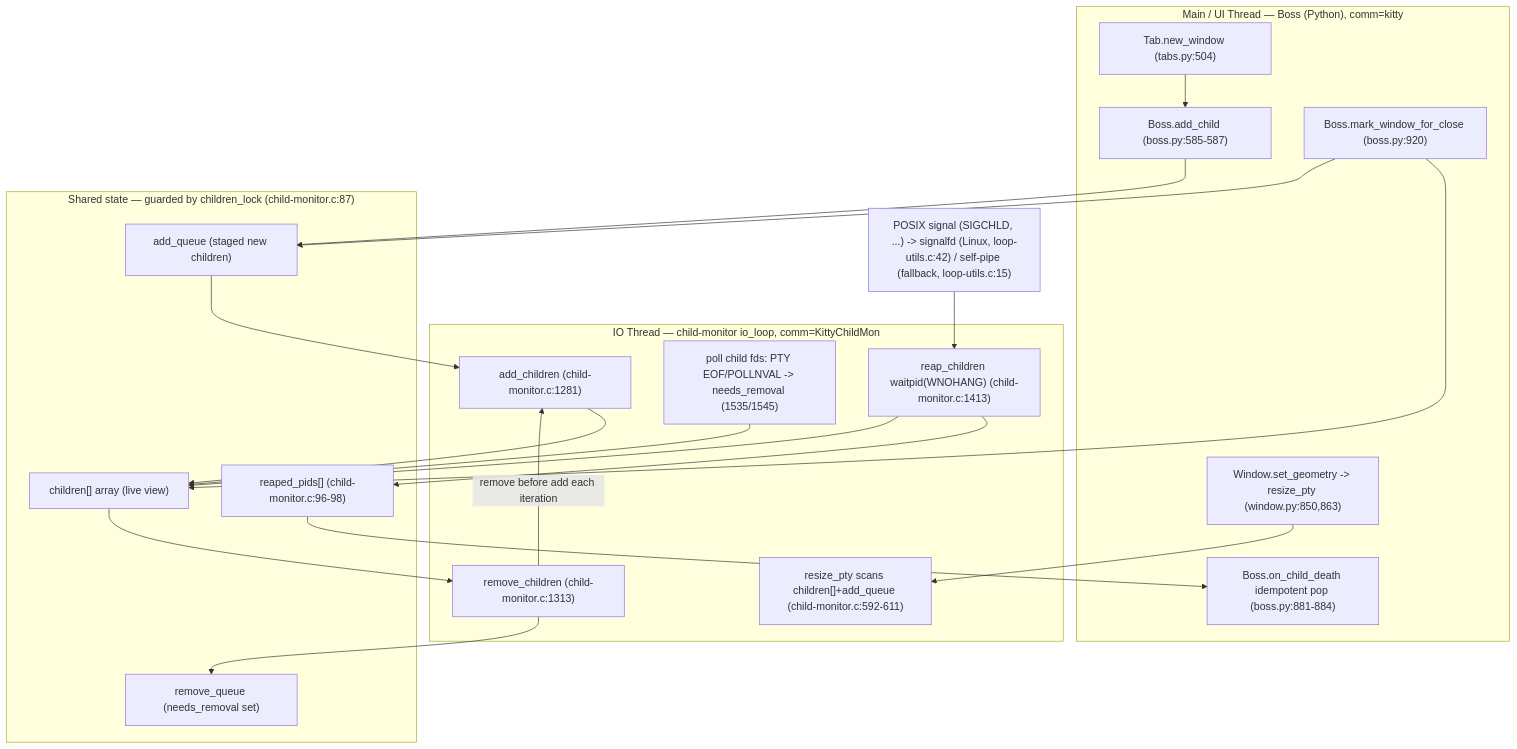
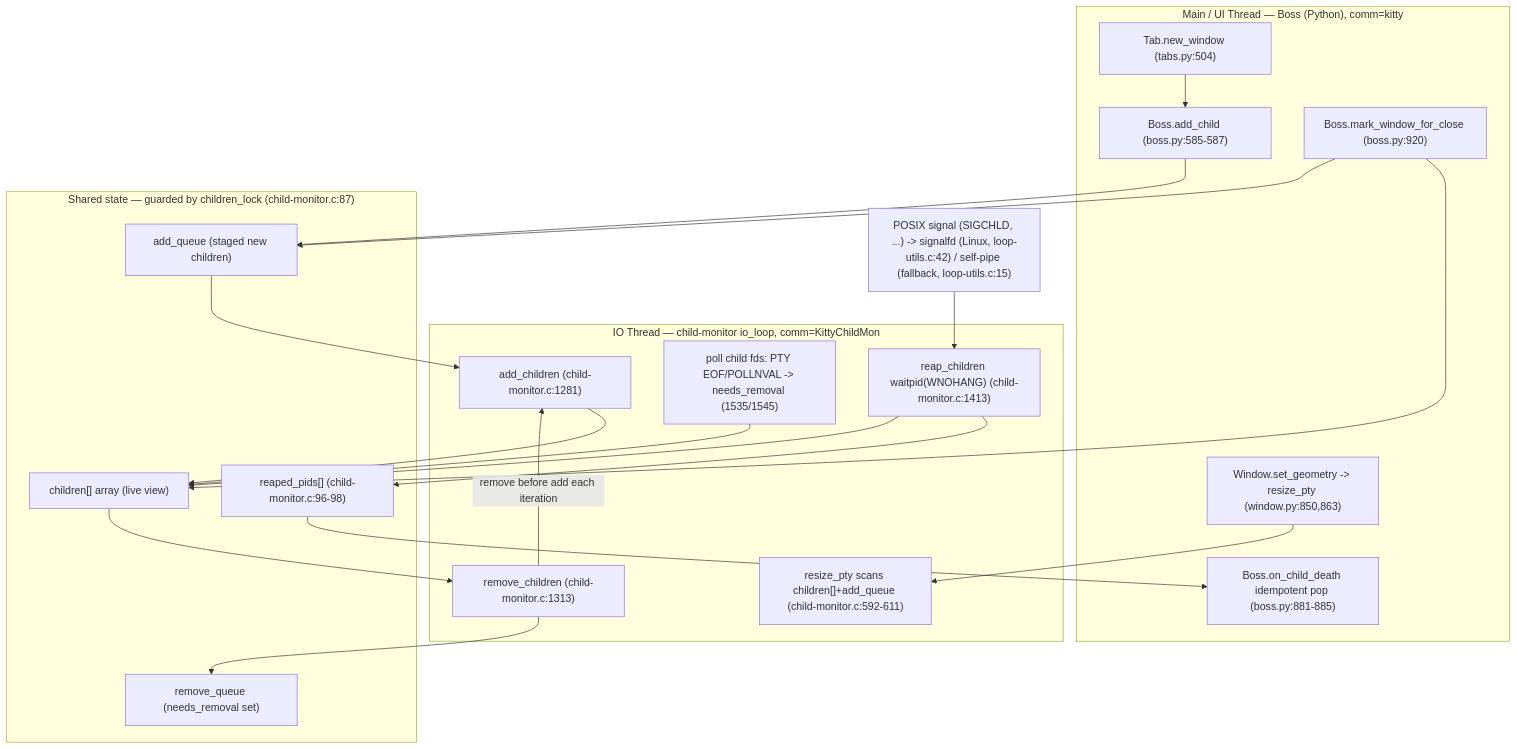
One commit to blitzy-research/kitty changed the diagram in blitzy/documentation/kitty_815df1e210e0.md. Above: the diagram before and after it, drawn with Mermaid. The commit also changed other lines of this file, not shown here.

````diff
--- a/blitzy/documentation/kitty_815df1e210e0.md
+++ b/blitzy/documentation/kitty_815df1e210e0.md
@@ -1044,40 +1067,40 @@
 ```mermaid
 graph TD
     subgraph MAIN["Main / UI Thread — Boss (Python), comm=kitty"]
         NW["Tab.new_window (tabs.py:504)"]
         AC["Boss.add_child (boss.py:585-587)"]
         RZ["Window.set_geometry -> resize_pty (window.py:850,863)"]
         MC["Boss.mark_window_for_close (boss.py:920)"]
-        OCD["Boss.on_child_death idempotent pop (boss.py:881-884)"]
+        OCD["Boss.on_child_death idempotent pop (boss.py:881-885)"]
     end
 
     subgraph LOCK["Shared state — guarded by children_lock (child-monitor.c:87)"]
         AQ["add_queue (staged new children)"]
         CH["children[] array (live view)"]
         RQ["remove_queue (needs_removal set)"]
         RP["reaped_pids[] (child-monitor.c:96-98)"]
     end
 
     subgraph IO["IO Thread — child-monitor io_loop, comm=KittyChildMon"]
         REM["remove_children (child-monitor.c:1313)"]
         ADD["add_children (child-monitor.c:1281)"]
         POLL["poll child fds: PTY EOF/POLLNVAL -> needs_removal (1535/1545)"]
         RESZ["resize_pty scans children[]+add_queue (child-monitor.c:592-611)"]
         REAP["reap_children waitpid(WNOHANG) (child-monitor.c:1413)"]
     end
 
     SIG["POSIX signal (SIGCHLD, ...) -> signalfd (Linux, loop-utils.c:42) / self-pipe (fallback, loop-utils.c:15)"]
 
     NW --> AC --> AQ
     RZ --> RESZ
     MC --> CH
     MC --> AQ
     AQ --> ADD --> CH
     CH --> REM --> RQ
     POLL --> CH
     SIG --> REAP
     REAP --> RP
     REAP --> CH
     RP --> OCD
     REM -->|remove before add each iteration| ADD
 ```
````
